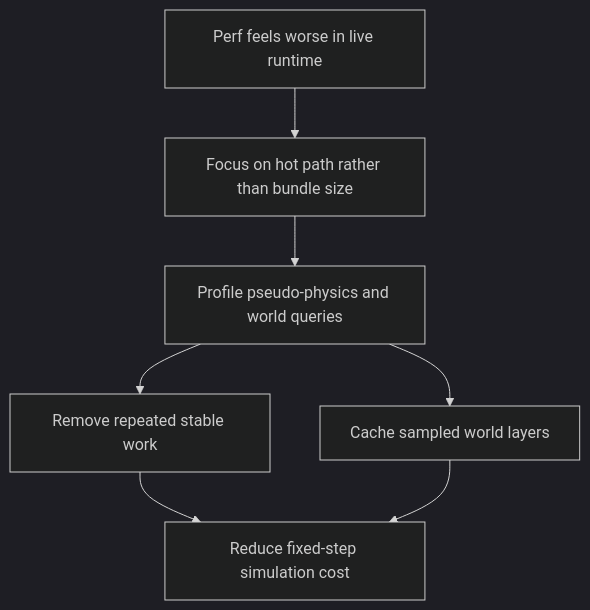
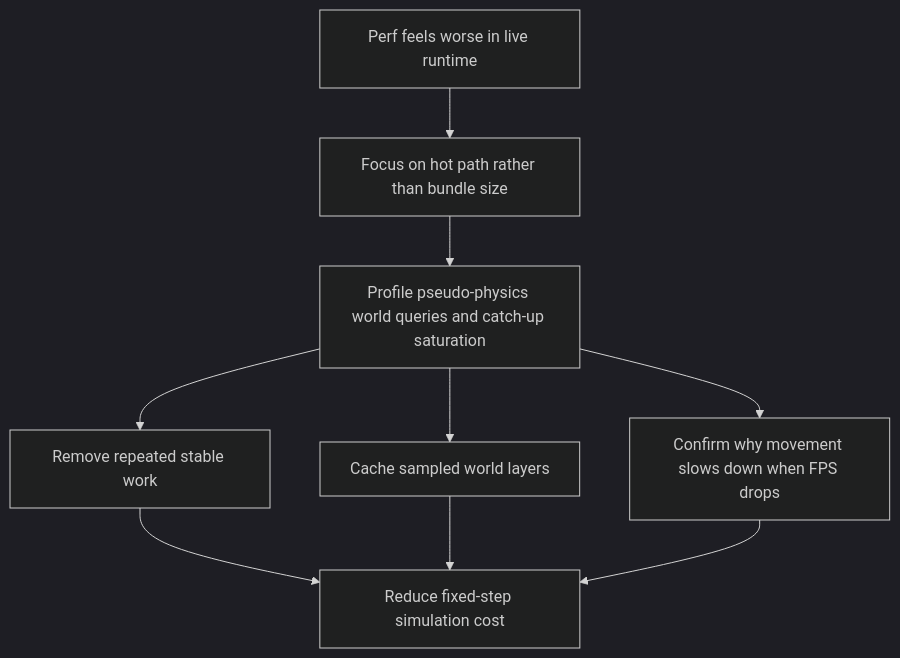
Before and after one commit to AlexAgo83/emberwake: the diagram in logics/request/req_035_define_a_runtime_hot_path_optimization_wave_for_pseudo_physics_and_world_queries.md, drawn with Mermaid (dark theme). The commit also changed other lines of this file and 4 other files, not shown here.

````diff
--- a/logics/request/req_035_define_a_runtime_hot_path_optimization_wave_for_pseudo_physics_and_world_queries.md
+++ b/logics/request/req_035_define_a_runtime_hot_path_optimization_wave_for_pseudo_physics_and_world_queries.md
@@ -69,10 +78,12 @@
 ```mermaid
 %% logics-signature: request|define-a-runtime-hot-path-optimization-w|investigate-and-reduce-the-runtime-cost|ac1-the-request-defines-the-likely
 flowchart TD
     A[Perf feels worse in live runtime] --> B[Focus on hot path rather than bundle size]
-    B --> C[Profile pseudo-physics and world queries]
+    B --> C[Profile pseudo-physics world queries and catch-up saturation]
     C --> D[Remove repeated stable work]
     C --> E[Cache sampled world layers]
+    C --> G[Confirm why movement slows down when FPS drops]
     D --> F[Reduce fixed-step simulation cost]
     E --> F
+    G --> F
 ```
````
